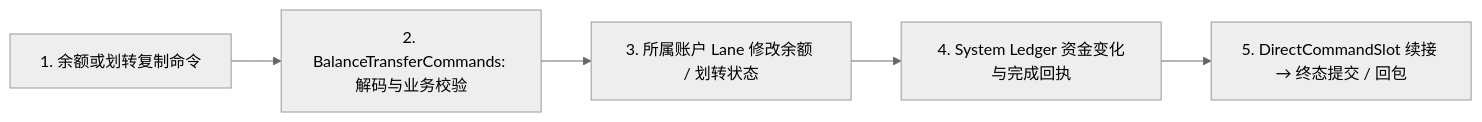
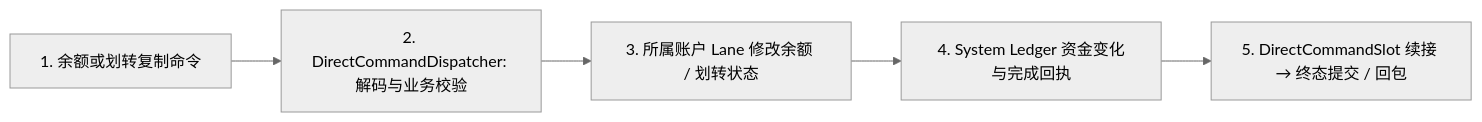
One commit to lilaizhencn/surprising-ex changed diagram 11 of 12 in surprising-aeron-core/README.md. Above: the diagram before and after it, drawn with Mermaid (neutral theme). The commit also changed other lines of this file and 64 other files, not shown here.

````diff
--- a/surprising-aeron-core/README.md
+++ b/surprising-aeron-core/README.md
@@ -348,7 +348,7 @@
 ```mermaid
 flowchart LR
-    A[1. 余额或划转复制命令] --> B[2. BalanceTransferCommands: 解码与业务校验]
+    A[1. 余额或划转复制命令] --> B[2. DirectCommandDispatcher: 解码与业务校验]
     B --> C[3. 所属账户 Lane 修改余额 / 划转状态]
     C --> D[4. System Ledger 资金变化与完成回执]
     D --> E[5. DirectCommandSlot 续接 → 终态提交 / 回包]
 ```
````
